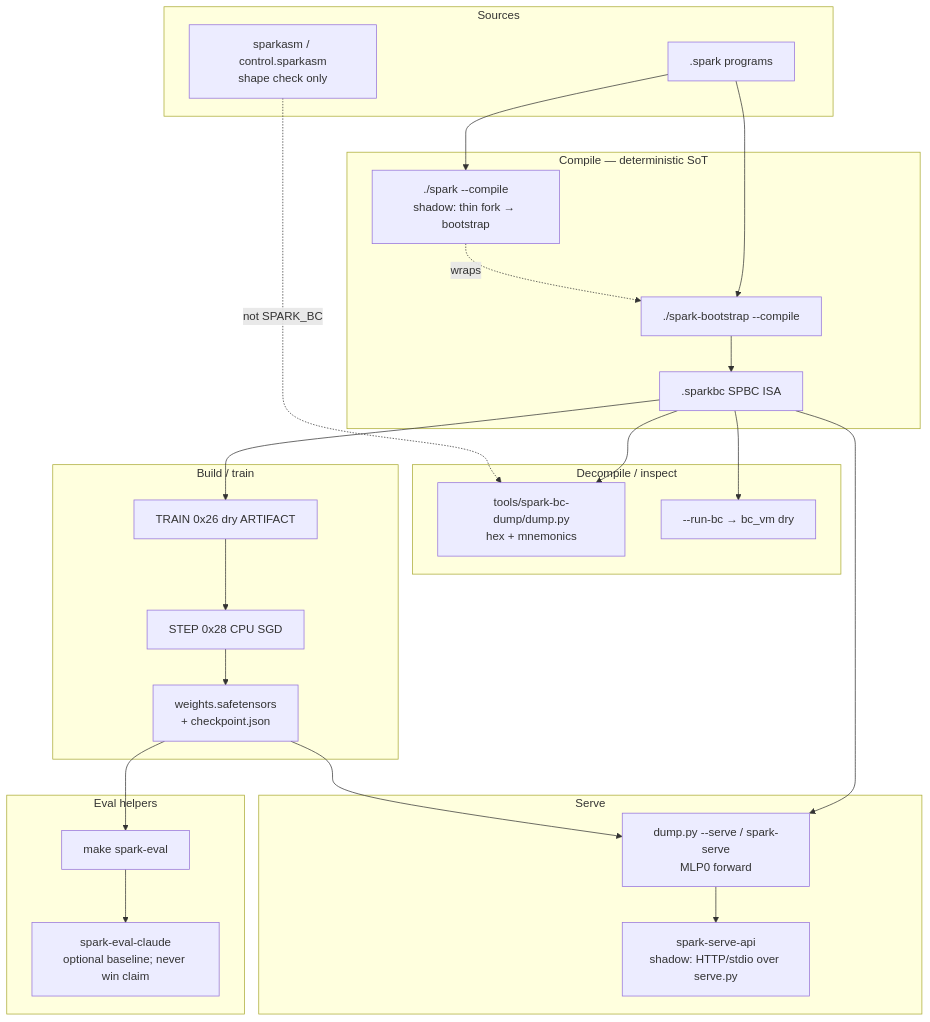
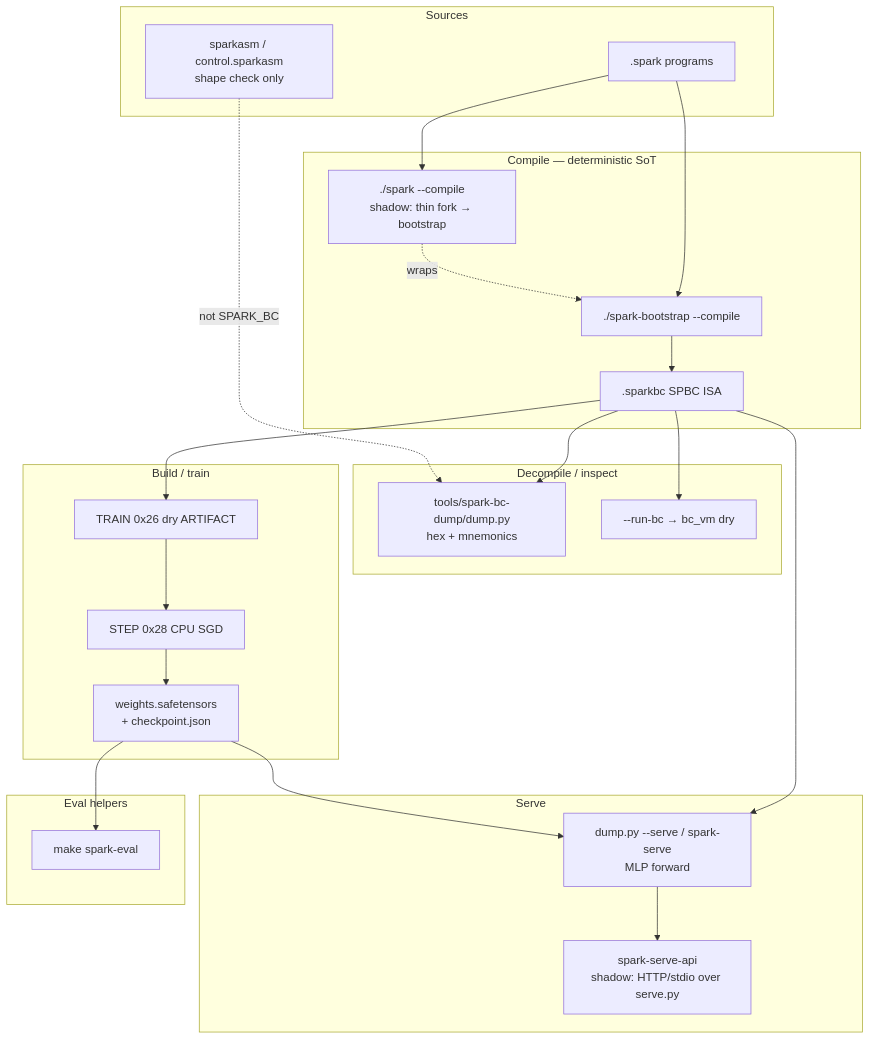
One commit to sparklang-dev/sparklang changed the first of 3 diagrams in docs/DIAGRAMS.md. Above: the diagram before and after it, drawn with Mermaid. The commit also changed 102 other files, not shown here.

````diff
--- a/docs/DIAGRAMS.md
+++ b/docs/DIAGRAMS.md
@@ -43,50 +43,48 @@
 ```mermaid
 flowchart TB
  subgraph sources["Sources"]
  SP[".spark programs"]
  ASM["sparkasm / control.sparkasm<br/>shape check only"]
  end
 
  subgraph compile["Compile — deterministic SoT"]
  BOOT["./spark-bootstrap --compile"]
  GAS["./spark --compile<br/>shadow: thin fork → bootstrap"]
  BC[".sparkbc SPBC ISA"]
  end
 
  subgraph inspect["Decompile / inspect"]
  DUMP["tools/spark-bc-dump/dump.py<br/>hex + mnemonics"]
  RUNBC["--run-bc → bc_vm dry"]
  end
 
  subgraph train["Build / train"]
  TRAIN["TRAIN 0x26 dry ARTIFACT"]
  STEP["STEP 0x28 CPU SGD"]
  WTS["weights.safetensors<br/>+ checkpoint.json"]
  end
 
  subgraph serve["Serve"]
- SERVEF["dump.py --serve / spark-serve<br/>MLP0 forward"]
+ SERVEF["dump.py --serve / spark-serve<br/>MLP forward"]
  API["spark-serve-api<br/>shadow: HTTP/stdio over serve.py"]
  end
 
  subgraph measure["Eval helpers"]
  EVAL["make spark-eval"]
- CLAUDE["spark-eval-claude<br/>optional baseline; never win claim"]
  end
 
  SP --> BOOT
  SP --> GAS
  GAS -.->|wraps| BOOT
  BOOT --> BC
  BC --> DUMP
  BC --> RUNBC
  BC --> TRAIN
  TRAIN --> STEP
  STEP --> WTS
  BC --> SERVEF
  WTS --> SERVEF
  SERVEF --> API
  WTS --> EVAL
- EVAL --> CLAUDE
  ASM -.->|not SPARK_BC| DUMP
 ```
````
